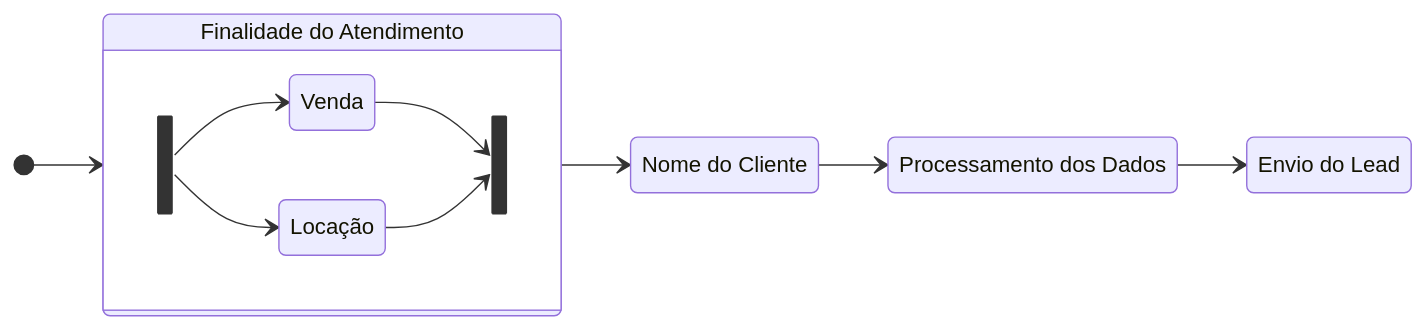
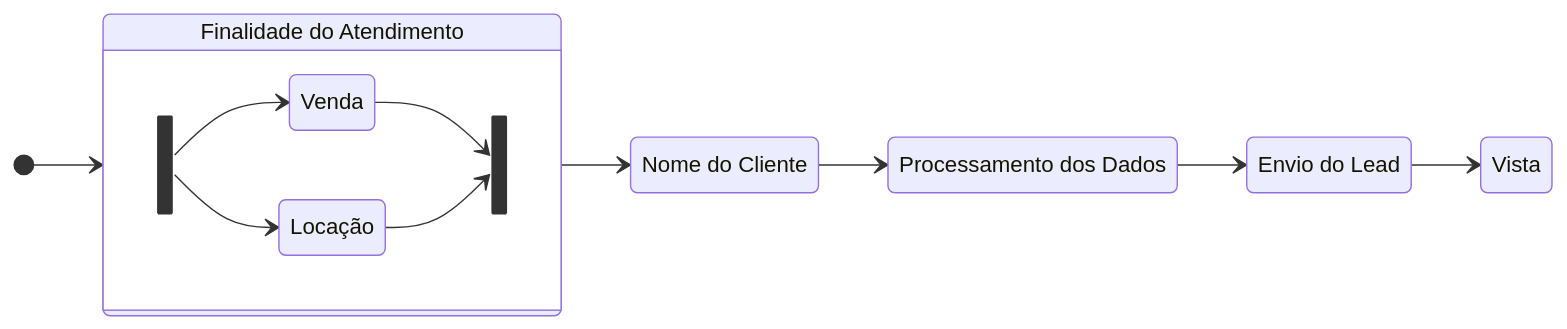
One commit to pepeleascov/cmsouza changed the diagram in readme.md. Above: the diagram before and after it, drawn with Mermaid. The commit also changed other lines of this file, not shown here.

````diff
--- a/readme.md
+++ b/readme.md
@@ -84,25 +86,27 @@
 ```mermaid
 stateDiagram
     1: Finalidade do Atendimento
     v: Venda
     l: Locação
     2: Nome do Cliente
     3: Processamento dos Dados
     4: Envio do Lead
+    5: Vista
     direction LR
     
     [*] --> 1
     state 1 {
     state fork_state <<fork>>
     direction LR
         fork_state
         fork_state --> v
         fork_state --> l
     state join_state <<join>>
     v --> join_state
     l --> join_state
     }
     1 --> 2
     2 --> 3
     3 --> 4
+    4 --> 5
 ```
````
